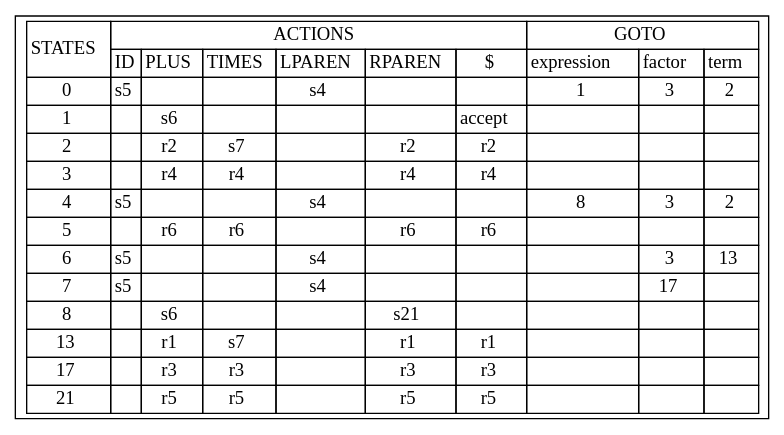
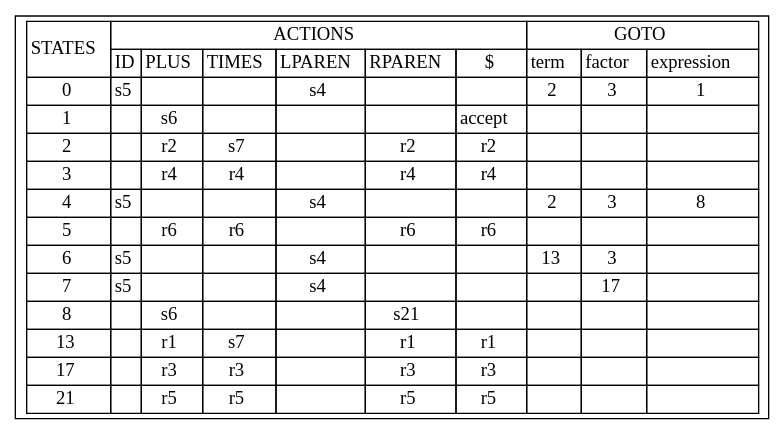
Before and after one commit to bryannalfaro/Dise-odeLenguajes: the diagram in test-output/Digraph.gv, drawn with Graphviz. The commit also changed 4 other files, not shown here.

```diff
--- a/test-output/Digraph.gv
+++ b/test-output/Digraph.gv
@@ -1,5 +1,5 @@
 digraph {
 	node [shape=record]
 	rankdir=LR
-	table [label=<<table border="0" cellborder="1" cellspacing="0"><tr><td rowspan="2">STATES</td><td colspan="6">ACTIONS</td><td colspan="3">GOTO</td></tr><tr><td>ID</td><td>PLUS</td><td>TIMES</td><td>LPAREN</td><td>RPAREN</td><td>$</td><td>expression</td><td>factor</td><td>term</td></tr><tr><td>0</td><td>s5</td><td></td><td></td><td>s4</td><td></td><td></td><td>1</td><td>3</td><td>2</td></tr><tr><td>1</td><td></td><td>s6</td><td></td><td></td><td></td><td>accept</td><td></td><td></td><td></td></tr><tr><td>2</td><td></td><td>r2</td><td>s7</td><td></td><td>r2</td><td>r2</td><td></td><td></td><td></td></tr><tr><td>3</td><td></td><td>r4</td><td>r4</td><td></td><td>r4</td><td>r4</td><td></td><td></td><td></td></tr><tr><td>4</td><td>s5</td><td></td><td></td><td>s4</td><td></td><td></td><td>8</td><td>3</td><td>2</td></tr><tr><td>5</td><td></td><td>r6</td><td>r6</td><td></td><td>r6</td><td>r6</td><td></td><td></td><td></td></tr><tr><td>6</td><td>s5</td><td></td><td></td><td>s4</td><td></td><td></td><td></td><td>3</td><td>13</td></tr><tr><td>7</td><td>s5</td><td></td><td></td><td>s4</td><td></td><td></td><td></td><td>17</td><td></td></tr><tr><td>8</td><td></td><td>s6</td><td></td><td></td><td>s21</td><td></td><td></td><td></td><td></td></tr><tr><td>13</td><td></td><td>r1</td><td>s7</td><td></td><td>r1</td><td>r1</td><td></td><td></td><td></td></tr><tr><td>17</td><td></td><td>r3</td><td>r3</td><td></td><td>r3</td><td>r3</td><td></td><td></td><td></td></tr><tr><td>21</td><td></td><td>r5</td><td>r5</td><td></td><td>r5</td><td>r5</td><td></td><td></td><td></td></tr></table>>]
+	table [label=<<table border="0" cellborder="1" cellspacing="0"><tr><td rowspan="2">STATES</td><td colspan="6">ACTIONS</td><td colspan="3">GOTO</td></tr><tr><td>ID</td><td>PLUS</td><td>TIMES</td><td>LPAREN</td><td>RPAREN</td><td>$</td><td>term</td><td>factor</td><td>expression</td></tr><tr><td>0</td><td>s5</td><td></td><td></td><td>s4</td><td></td><td></td><td>2</td><td>3</td><td>1</td></tr><tr><td>1</td><td></td><td>s6</td><td></td><td></td><td></td><td>accept</td><td></td><td></td><td></td></tr><tr><td>2</td><td></td><td>r2</td><td>s7</td><td></td><td>r2</td><td>r2</td><td></td><td></td><td></td></tr><tr><td>3</td><td></td><td>r4</td><td>r4</td><td></td><td>r4</td><td>r4</td><td></td><td></td><td></td></tr><tr><td>4</td><td>s5</td><td></td><td></td><td>s4</td><td></td><td></td><td>2</td><td>3</td><td>8</td></tr><tr><td>5</td><td></td><td>r6</td><td>r6</td><td></td><td>r6</td><td>r6</td><td></td><td></td><td></td></tr><tr><td>6</td><td>s5</td><td></td><td></td><td>s4</td><td></td><td></td><td>13</td><td>3</td><td></td></tr><tr><td>7</td><td>s5</td><td></td><td></td><td>s4</td><td></td><td></td><td></td><td>17</td><td></td></tr><tr><td>8</td><td></td><td>s6</td><td></td><td></td><td>s21</td><td></td><td></td><td></td><td></td></tr><tr><td>13</td><td></td><td>r1</td><td>s7</td><td></td><td>r1</td><td>r1</td><td></td><td></td><td></td></tr><tr><td>17</td><td></td><td>r3</td><td>r3</td><td></td><td>r3</td><td>r3</td><td></td><td></td><td></td></tr><tr><td>21</td><td></td><td>r5</td><td>r5</td><td></td><td>r5</td><td>r5</td><td></td><td></td><td></td></tr></table>>]
 }
```
